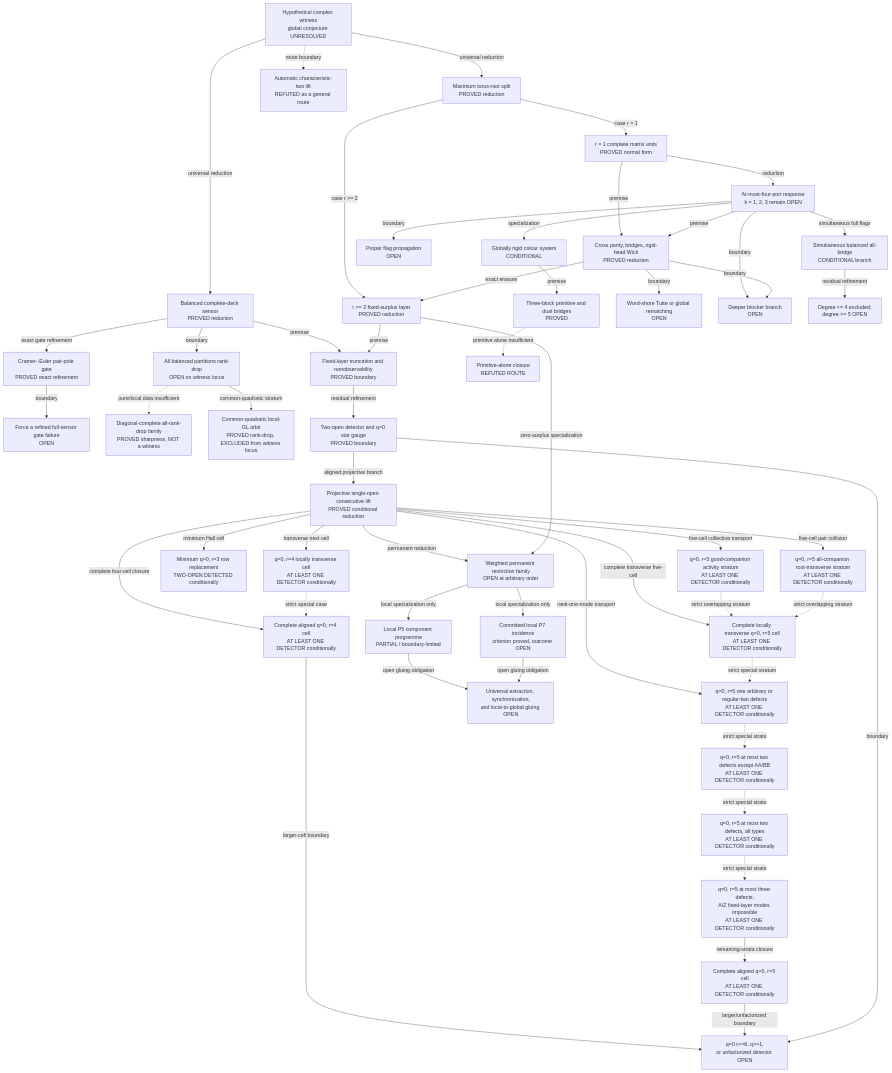
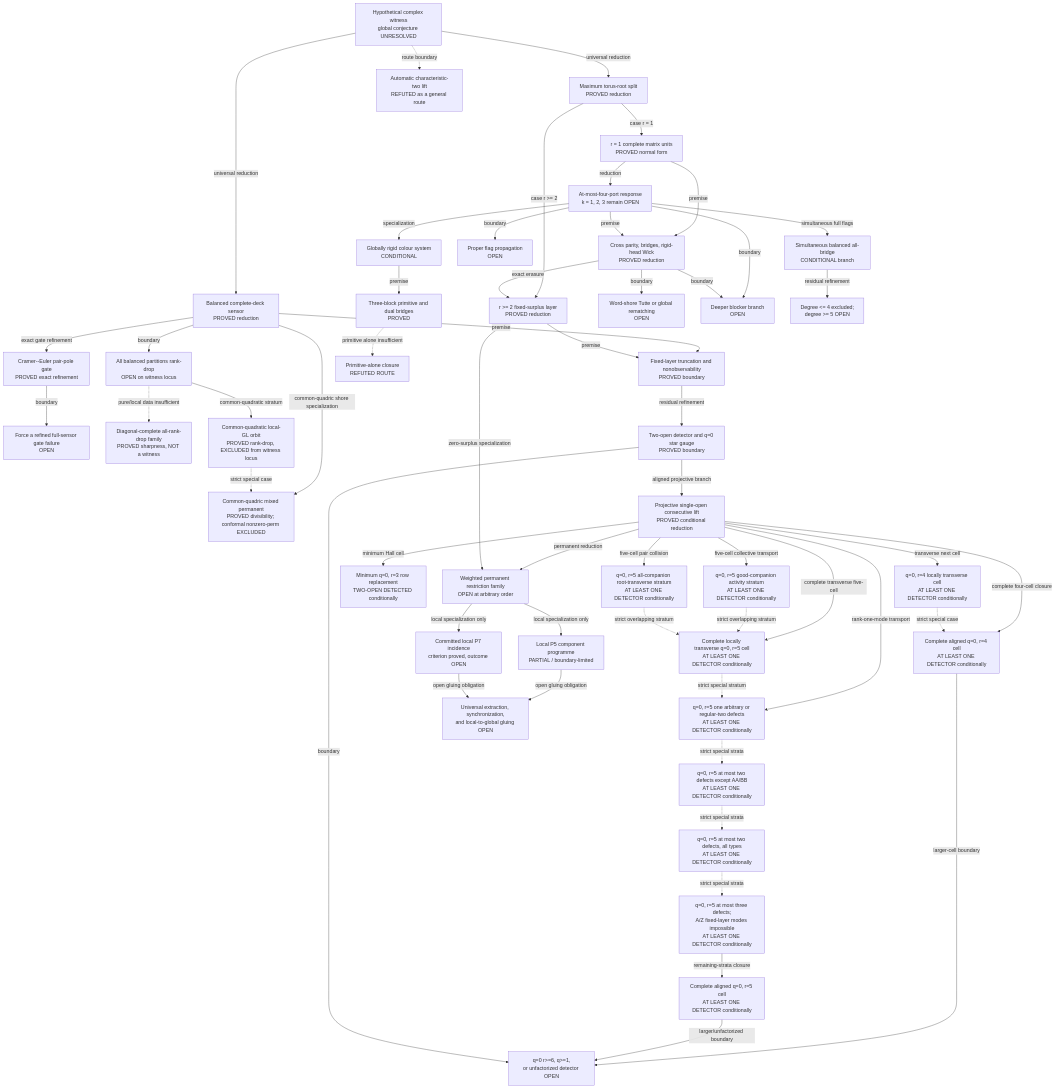
One commit to YesterdaysLemon/krenn-gu-research changed the diagram in docs/current-frontier.md. Above: the diagram before and after it, drawn with Mermaid. The commit also changed other lines of this file and 8 other files, not shown here.

Commit message:
Force mixed permanents through a common root quadric (#99)

```diff
--- a/docs/current-frontier.md
+++ b/docs/current-frontier.md
@@ -50,6 +50,7 @@
   S3["All balanced partitions rank-drop<br/>OPEN on witness locus"]
   S3D["Diagonal-complete all-rank-drop family<br/>PROVED sharpness, NOT a witness"]
   S3Q["Common-quadratic local-GL orbit<br/>PROVED rank-drop, EXCLUDED from witness locus"]
+  S3P["Common-quadric mixed permanent<br/>PROVED divisibility; conformal nonzero-perm EXCLUDED"]
 
   M1["Maximum torus-root split<br/>PROVED reduction"]
   M2["r >= 2 fixed-surplus layer<br/>PROVED reduction"]
@@ -94,6 +95,8 @@
   S1 -->|boundary| S3
   S3 -. pure/local data insufficient .-> S3D
   S3 -->|common-quadratic stratum| S3Q
+  S1 -->|common-quadric shore specialization| S3P
+  S3Q -. strict special case .-> S3P
 
   G0 -->|universal reduction| M1
   M1 -->|case r >= 2| M2
```
